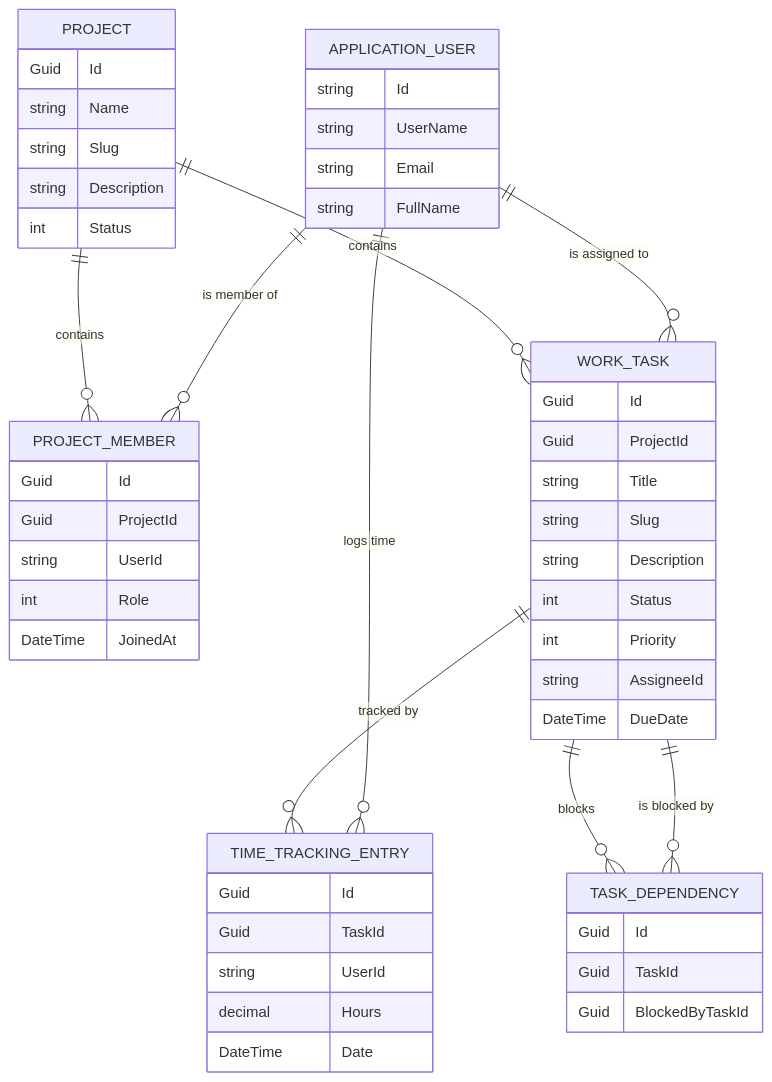
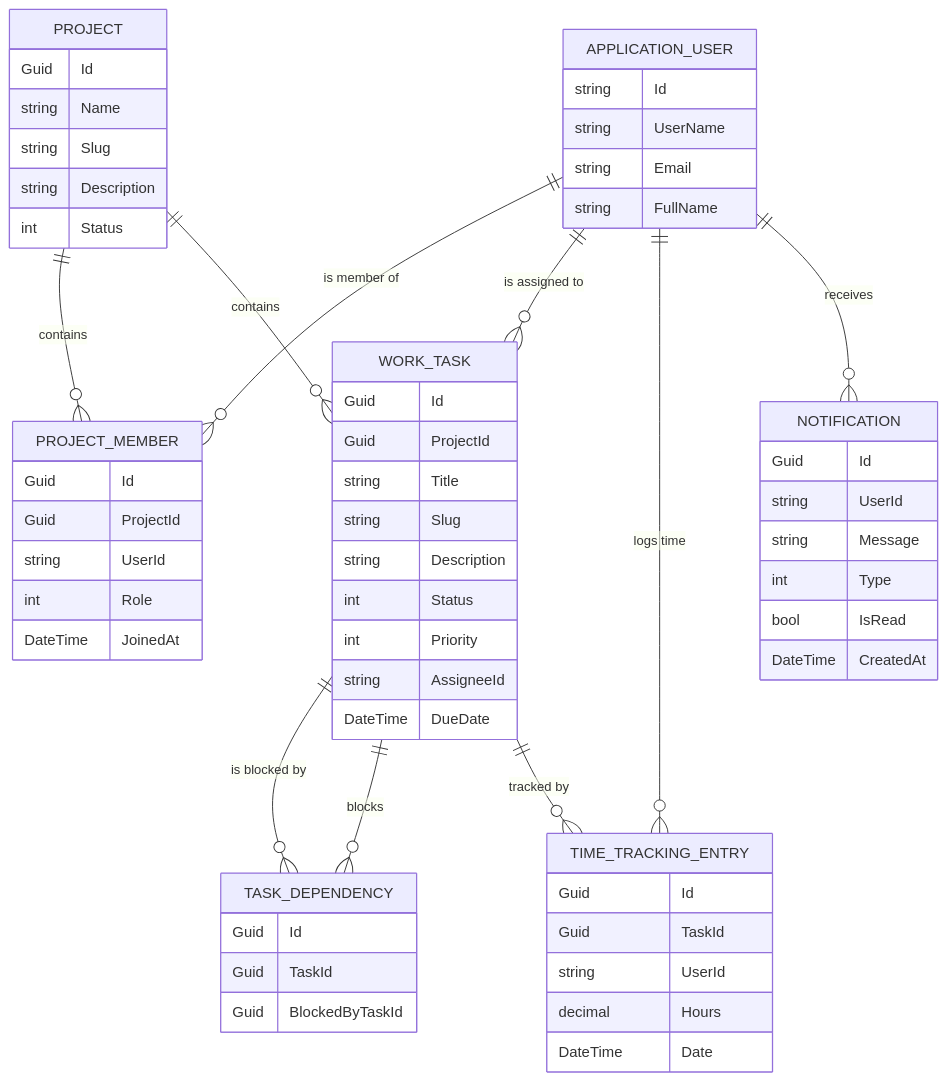
One commit to Mostafa-SAID7/task-management-api changed the diagram in docs/ERD.md. Above: the diagram before and after it, drawn with Mermaid. The commit also changed 44 other files, not shown here.

````diff
--- a/docs/ERD.md
+++ b/docs/ERD.md
@@ -9,62 +9,72 @@
 ```mermaid
 erDiagram
     APPLICATION_USER ||--o{ PROJECT_MEMBER : "is member of"
     APPLICATION_USER ||--o{ WORK_TASK : "is assigned to"
     APPLICATION_USER ||--o{ TIME_TRACKING_ENTRY : "logs time"
+    APPLICATION_USER ||--o{ NOTIFICATION : "receives"
 
     PROJECT ||--o{ PROJECT_MEMBER : "contains"
     PROJECT ||--o{ WORK_TASK : "contains"
 
     WORK_TASK ||--o{ TASK_DEPENDENCY : "is blocked by"
     WORK_TASK ||--o{ TASK_DEPENDENCY : "blocks"
     WORK_TASK ||--o{ TIME_TRACKING_ENTRY : "tracked by"
 
     PROJECT {
         Guid Id
         string Name
         string Slug
         string Description
         int Status
     }
 
     PROJECT_MEMBER {
         Guid Id
         Guid ProjectId
         string UserId
         int Role
         DateTime JoinedAt
     }
 
     WORK_TASK {
         Guid Id
         Guid ProjectId
         string Title
         string Slug
         string Description
         int Status
         int Priority
         string AssigneeId
         DateTime DueDate
     }
 
     TASK_DEPENDENCY {
         Guid Id
         Guid TaskId
         Guid BlockedByTaskId
     }
 
     TIME_TRACKING_ENTRY {
         Guid Id
         Guid TaskId
         string UserId
         decimal Hours
         DateTime Date
     }
 
+    NOTIFICATION {
+        Guid Id
+        string UserId
+        string Message
+        int Type
+        bool IsRead
+        DateTime CreatedAt
+    }
+
     APPLICATION_USER {
         string Id
         string UserName
         string Email
         string FullName
     }
 ```
````
